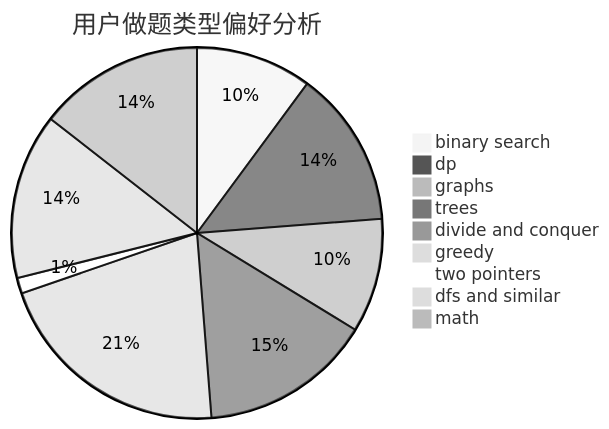
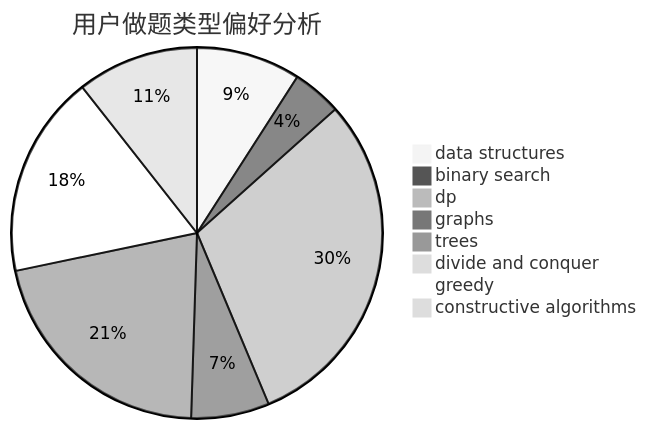
The second of 3 diagrams in docs/user/u1935.md (sherpahu/cfrs.github.io), drawn with Mermaid (neutral theme) before and after one commit. The commit also changed other lines of this file and 2775 other files, not shown here.

````diff
--- a/docs/user/u1935.md
+++ b/docs/user/u1935.md
@@ -23,12 +23,11 @@
 ```mermaid
 pie title 用户做题类型偏好分析
-    "binary search" :  126
-    "dp" :  170
-    "graphs" :  124
-    "trees" :  187
-    "divide and conquer" :  6
-    "greedy" :  261
-    "two pointers" :  17
-    "dfs and similar" :  180
-    "math" :  180
+    "data structures" :  36
+    "binary search" :  17
+    "dp" :  120
+    "graphs" :  27
+    "trees" :  84
+    "divide and conquer" :  0
+    "greedy" :  70
+    "constructive algorithms" :  42
 ```
````
